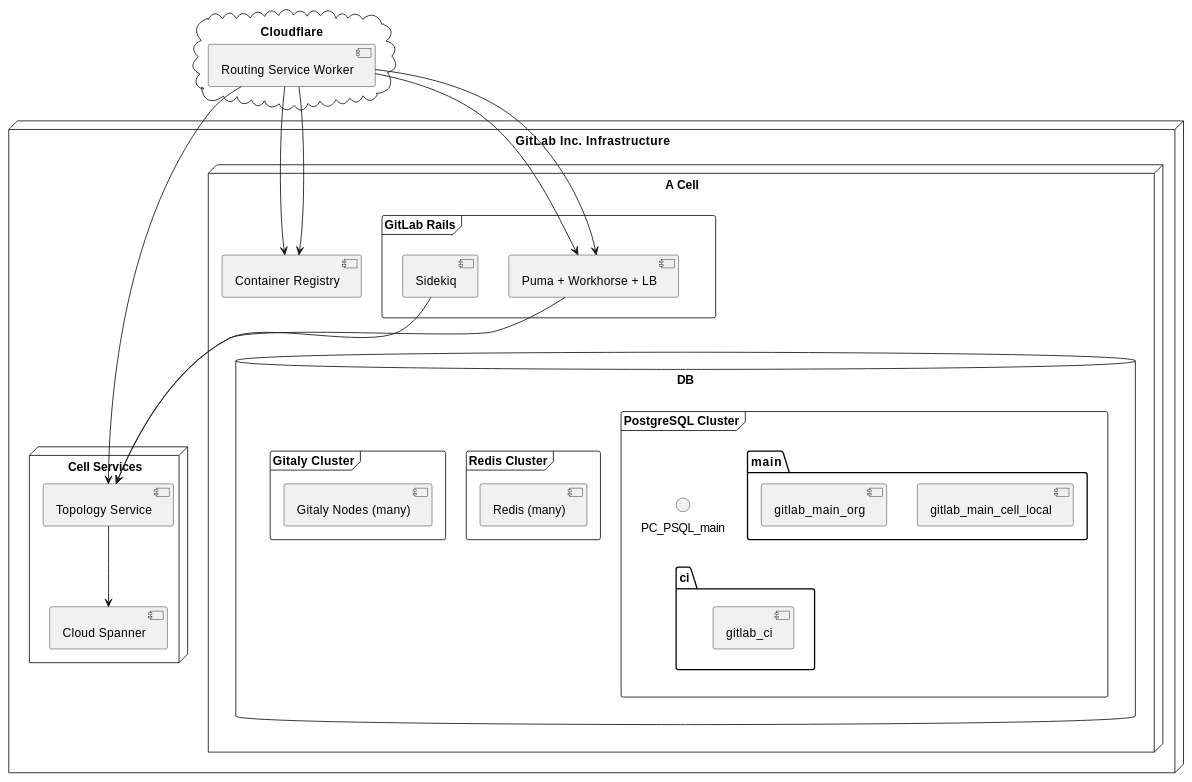
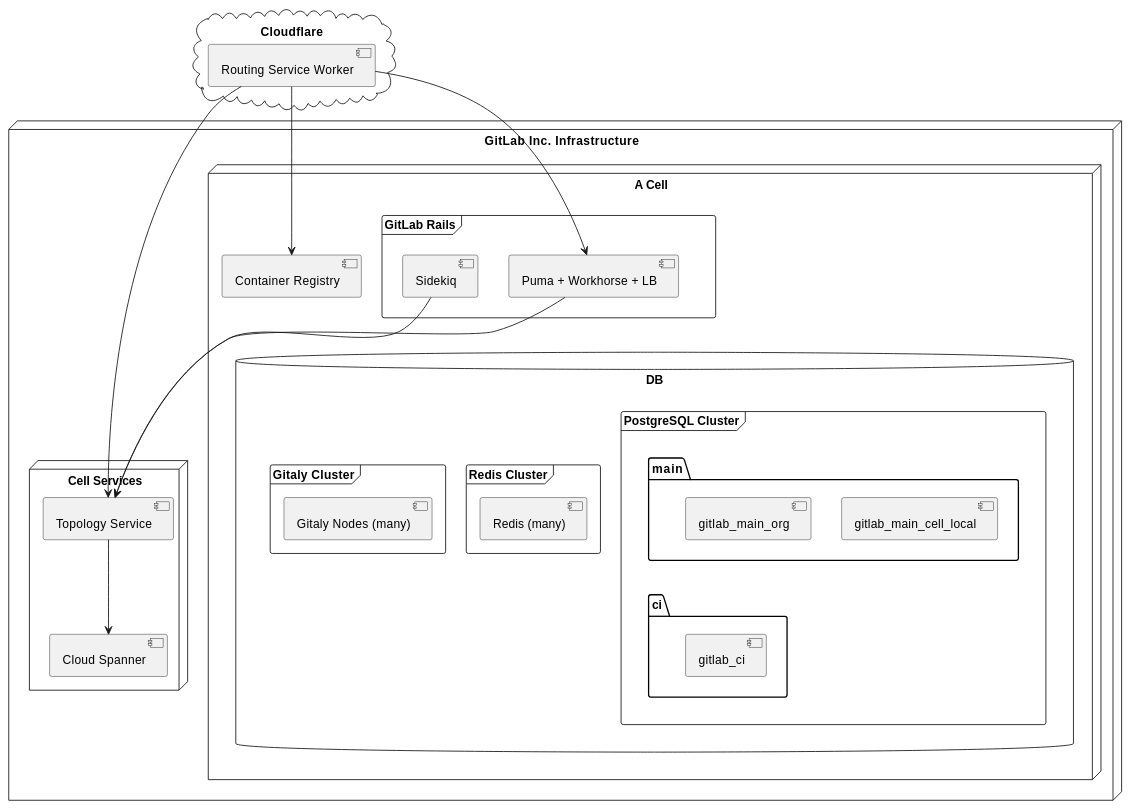
The second of 2 diagrams in content/handbook/engineering/architecture/design-documents/cells/_index.md (kyama0/gitlab-handbook-ja), drawn with PlantUML before and after one commit. The commit also changed other lines of this file and 24 other files, not shown here.

````diff
--- a/content/handbook/engineering/architecture/design-documents/cells/_index.md
+++ b/content/handbook/engineering/architecture/design-documents/cells/_index.md
@@ -157,61 +159,59 @@
 ```plantuml
 @startuml
 
 cloud "Cloudflare" as CF {
   [Routing Service Worker] as CF_RSW
 }
 
 node "GitLab Inc. Infrastructure" {
   node "Cell Services" as Cell_Services {
     [Topology Service] as TS
     [Cloud Spanner] as TS_CS
 
     TS --> TS_CS
   }
 
   node "A Cell" as Cell {
     frame "GitLab Rails" as Cell_Rails {
       [Puma + Workhorse + LB] as Cell_Puma
       [Sidekiq] as Cell_Sidekiq
     }
 
     [Container Registry] as Cell_Registry
 
     database DB as Cell_DB {
       frame "PostgreSQL Cluster" as Cell_PSQL {
         package "ci" as Cell_PSQL_ci {
           [gitlab_ci] as Cell_PSQL_gitlab_ci
         }
 
         package "main" as Cell_PSQL_main {
           [gitlab_main_cell_local] as Cell_PSQL_gitlab_main_cell_local
           [gitlab_main_org] as Cell_PSQL_gitlab_main_org
         }
 
-        PC_PSQL_main -[hidden]-> Cell_PSQL_ci
+        Cell_PSQL_main -[hidden]-> Cell_PSQL_ci
       }
 
       frame "Redis Cluster" as Cell_Redis {
         [Redis (many)] as Cell_Redis_many
       }
 
       frame "Gitaly Cluster" as Cell_Gitaly {
         [Gitaly Nodes (many)] as Cell_Gitaly_many
       }
     }
 
     Cell_Rails -[hidden]-> Cell_DB
   }
 
 }
 
 CF_RSW --> Cell_Puma
 CF_RSW --> Cell_Registry
-CF_RSW --> Cell_Puma
-CF_RSW --> Cell_Registry
 CF_RSW --> TS
 Cell_Puma --> TS
 Cell_Sidekiq --> TS
 
 @enduml
 ```
````
